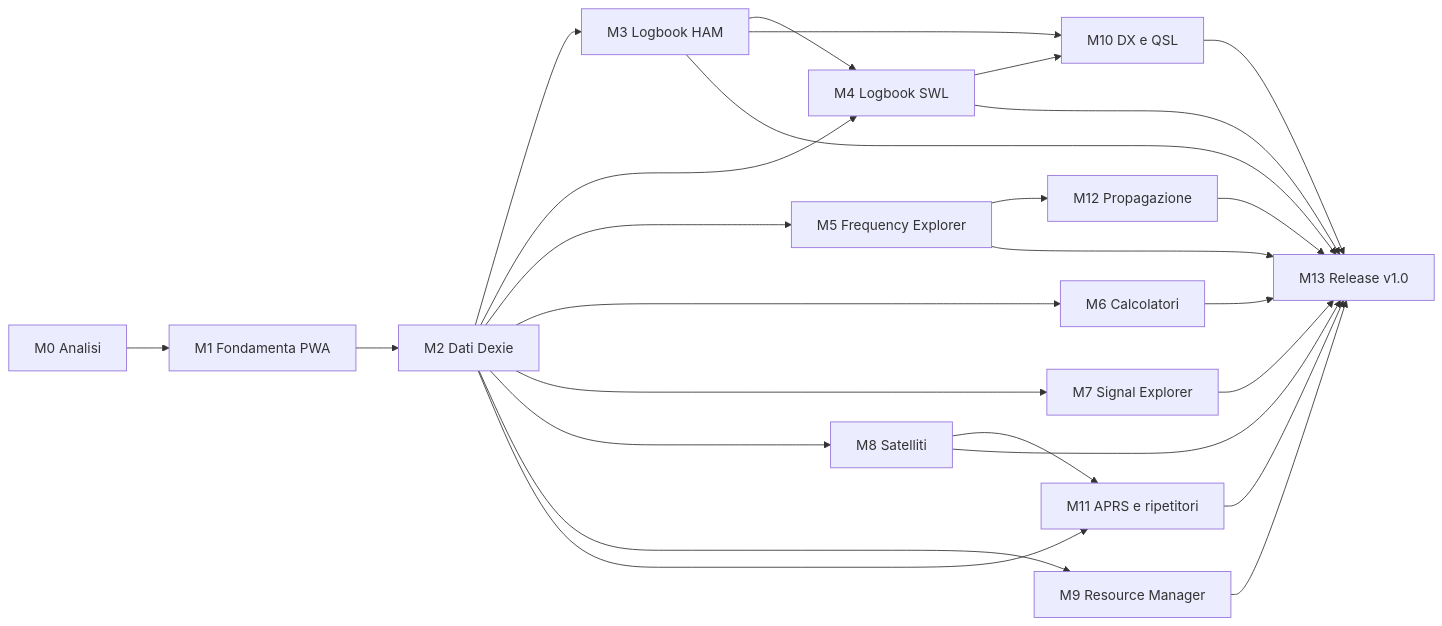
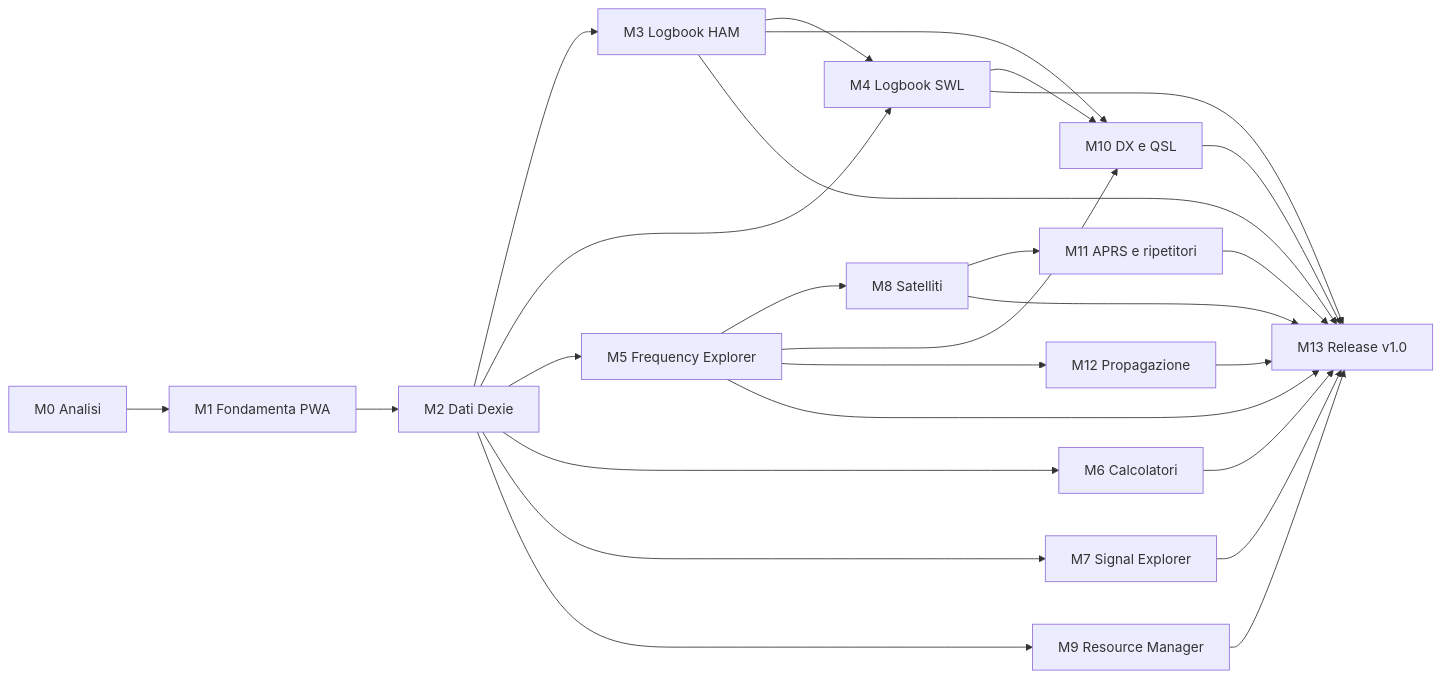
The diagram in docs/roadmap/ROADMAP.md (ToninoCode/ham-radio-toolbox), drawn with Mermaid before and after one commit. The commit also changed other lines of this file and 11 other files, not shown here.

````diff
--- a/docs/roadmap/ROADMAP.md
+++ b/docs/roadmap/ROADMAP.md
@@ -16,19 +17,19 @@
 ```mermaid
 flowchart LR
   M0[M0 Analisi] --> M1[M1 Fondamenta PWA]
   M1 --> M2[M2 Dati Dexie]
   M2 --> M3[M3 Logbook HAM]
   M2 --> M4[M4 Logbook SWL]
   M3 --> M4
   M2 --> M5[M5 Frequency Explorer]
   M2 --> M6[M6 Calcolatori]
   M2 --> M7[M7 Signal Explorer]
-  M2 --> M8[M8 Satelliti]
+  M5 --> M8[M8 Satelliti]
   M2 --> M9[M9 Resource Manager]
   M3 --> M10[M10 DX e QSL]
   M4 --> M10
-  M2 --> M11[M11 APRS e ripetitori]
-  M8 --> M11
+  M5 --> M10
+  M8 --> M11[M11 APRS e ripetitori]
   M5 --> M12[M12 Propagazione]
   M3 & M4 & M5 & M6 & M7 & M8 & M9 & M10 & M11 & M12 --> M13[M13 Release v1.0]
 ```
````
